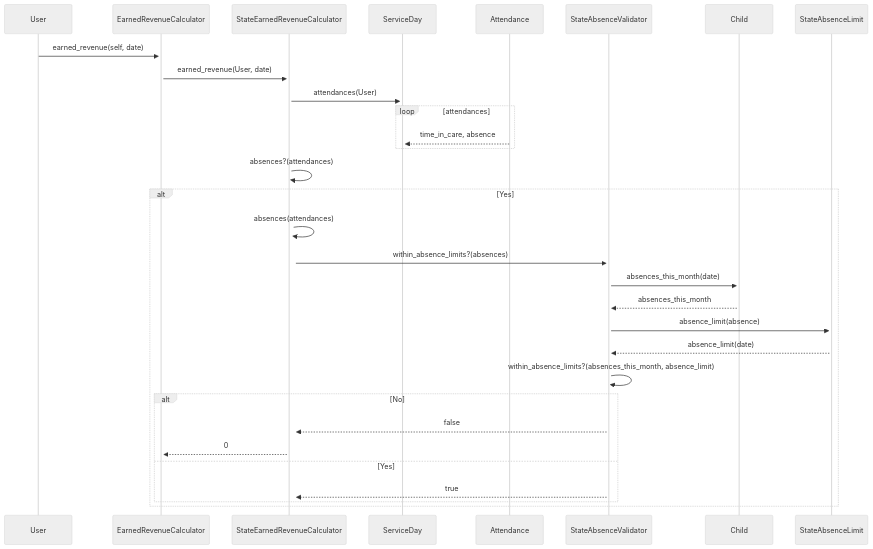
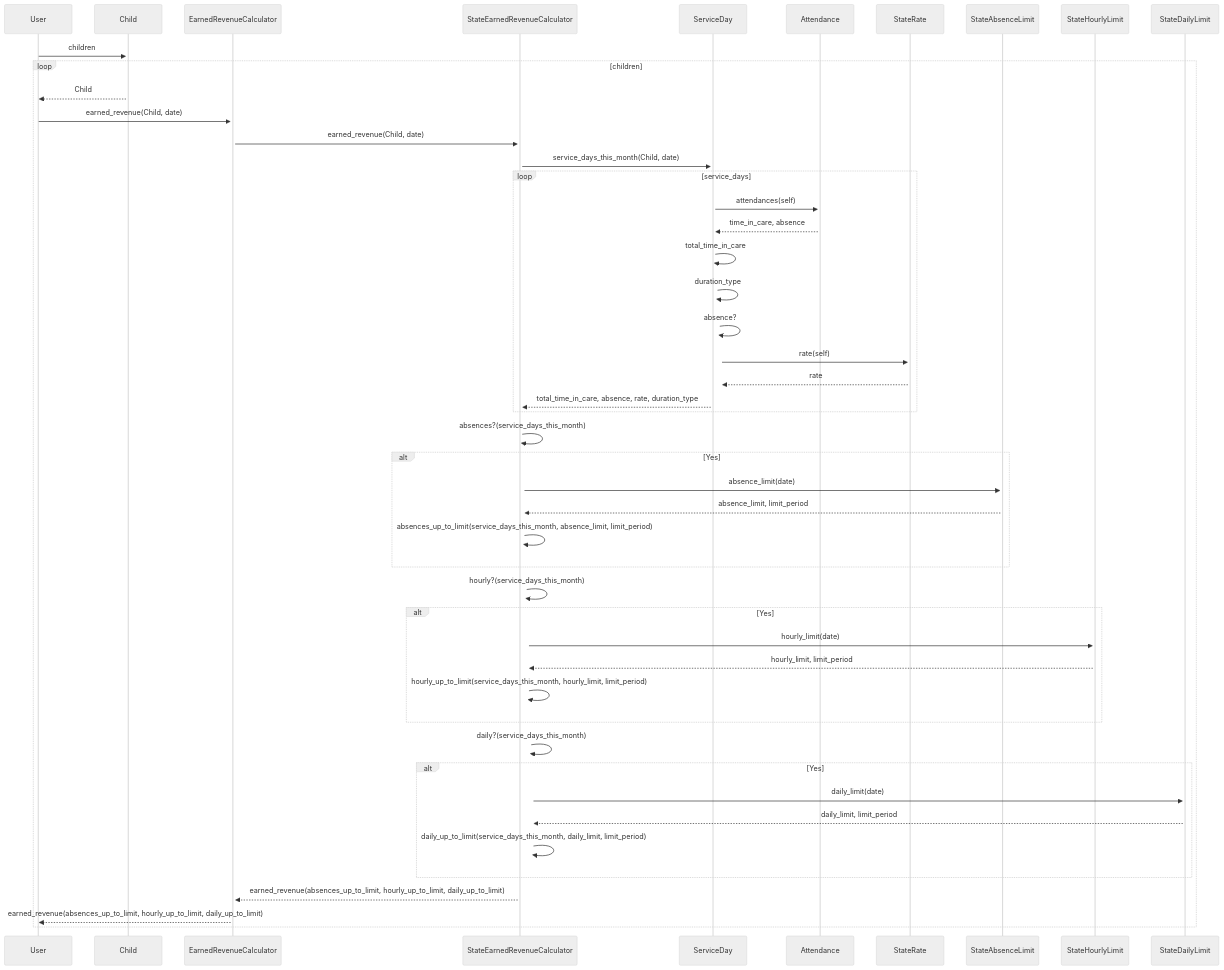
The diagram in docs/diagrams/earned_revenue/sequence.mmd (pieforproviders/pieforproviders), drawn with Mermaid (neutral theme) before and after one commit. The commit also changed 3 other files, not shown here.

Commit message:
Refining the sequence diagram

```diff
--- a/docs/diagrams/earned_revenue/sequence.mmd
+++ b/docs/diagrams/earned_revenue/sequence.mmd
@@ -1,36 +1,51 @@
 sequenceDiagram
-    %% All "State" prefixed classes will belong to a State
-    %% and will be named [State]Class in order to differentiate,
-    %% because the logic and data may be different between states
-    %% e.g. NebraskaDurationRule, etc.
+    %% All "State" prefixed classes will belong to a State and will be named [State]Class in order to differentiate, because the logic and data may be different between states e.g. NebraskaDurationLimit, etc.
 
-    %% User requests earned_revenue, passing itself
-    User->>+EarnedRevenueCalculator: earned_revenue(self, date)
+    %% User loops children to request earned revenue for each
+    User->>+Child: children
+    loop children
+      Child-->>User: Child
+      %% User requests earned_revenue for each child
+      User->>+EarnedRevenueCalculator: earned_revenue(Child, date)
+      
+      %% EarnedRevenueCalculator determines the right [State]EarnedRevenueCalculator
+      %% based on the User's state, then requests earned_revenue for each child
+      EarnedRevenueCalculator->>+StateEarnedRevenueCalculator: earned_revenue(Child, date)
 
-    %% EarnedRevenueCalculator determines the right [State]EarnedRevenueCalculator
-    %% based on the User's state, then requests earned_revenue, passing the User (?)
-    EarnedRevenueCalculator->>+StateEarnedRevenueCalculator: earned_revenue(User, date)
-
-    %% [State]EarnedRevenueCalculator loops attendances to
-    %% store time_in_care and absence string
-    StateEarnedRevenueCalculator->>+ServiceDay: attendances(User)
-    loop attendances
-      Attendance-->>ServiceDay: time_in_care, absence
+      StateEarnedRevenueCalculator->>+ServiceDay: service_days_this_month(Child, date)
+      loop service_days
+        ServiceDay->>+Attendance: attendances(self)
+        Attendance-->>ServiceDay: time_in_care, absence
+        ServiceDay->>+ServiceDay: total_time_in_care
+        ServiceDay->>+ServiceDay: duration_type
+        ServiceDay->>+ServiceDay: absence?
+        ServiceDay->>+StateRate: rate(self)
+        %% StateRate.where(region:).where(max_age:).where(enrolled_in_school:).where(accredited:).where(qris_rating:).(license_type:).where(duration:)
+        StateRate-->>ServiceDay: rate
+        ServiceDay-->>StateEarnedRevenueCalculator: total_time_in_care, absence, rate, duration_type
+      end
+      %% the limits might need more work - if we have limits for hours per week, hours per month, hours per service period, this might require pulling all attendances for those periods to check against
+      %% Are there any absences in the service_days list?
+      StateEarnedRevenueCalculator->>+StateEarnedRevenueCalculator: absences?(service_days_this_month)
+      alt Yes
+          StateEarnedRevenueCalculator->>+StateAbsenceLimit: absence_limit(date)
+          StateAbsenceLimit-->>StateEarnedRevenueCalculator: absence_limit, limit_period
+          StateEarnedRevenueCalculator->>+StateEarnedRevenueCalculator: absences_up_to_limit(service_days_this_month, absence_limit, limit_period)
+      end
+      %% Are there any hourly durations in the service_days list?
+      StateEarnedRevenueCalculator->>+StateEarnedRevenueCalculator: hourly?(service_days_this_month)
+      alt Yes
+          StateEarnedRevenueCalculator->>+StateHourlyLimit: hourly_limit(date)
+          StateHourlyLimit-->>StateEarnedRevenueCalculator: hourly_limit, limit_period
+          StateEarnedRevenueCalculator->>+StateEarnedRevenueCalculator: hourly_up_to_limit(service_days_this_month, hourly_limit, limit_period)
+      end
+      %% Are there any daily durations in the service_days list?
+      StateEarnedRevenueCalculator->>+StateEarnedRevenueCalculator: daily?(service_days_this_month)
+      alt Yes
+          StateEarnedRevenueCalculator->>+StateDailyLimit: daily_limit(date)
+          StateDailyLimit-->>StateEarnedRevenueCalculator: daily_limit, limit_period
+          StateEarnedRevenueCalculator->>+StateEarnedRevenueCalculator: daily_up_to_limit(service_days_this_month, daily_limit, limit_period)
+      end
+      StateEarnedRevenueCalculator-->>EarnedRevenueCalculator: earned_revenue(absences_up_to_limit, hourly_up_to_limit, daily_up_to_limit)
+      EarnedRevenueCalculator-->>User: earned_revenue(absences_up_to_limit, hourly_up_to_limit, daily_up_to_limit)
     end
-    StateEarnedRevenueCalculator->>+StateEarnedRevenueCalculator: absences?(attendances)
-    alt Yes
-        StateEarnedRevenueCalculator->>+StateEarnedRevenueCalculator: absences(attendances)
-        %% this might need a different name, Validator doesn't sound right
-        StateEarnedRevenueCalculator->>+StateAbsenceValidator: within_absence_limits?(absences)
-        StateAbsenceValidator->>+Child: absences_this_month(date)
-        Child-->>StateAbsenceValidator: absences_this_month
-        StateAbsenceValidator->>+StateAbsenceLimit: absence_limit(absence)
-        StateAbsenceLimit-->>StateAbsenceValidator: absence_limit(date)
-        StateAbsenceValidator->>+StateAbsenceValidator: within_absence_limits?(absences_this_month, absence_limit)
-        alt No
-            StateAbsenceValidator-->>StateEarnedRevenueCalculator: false
-            StateEarnedRevenueCalculator-->>EarnedRevenueCalculator: 0
-        else Yes
-            StateAbsenceValidator-->>StateEarnedRevenueCalculator: true
-        end
-    end
```
